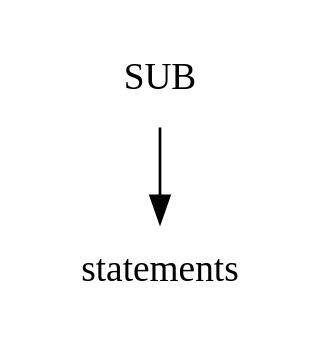
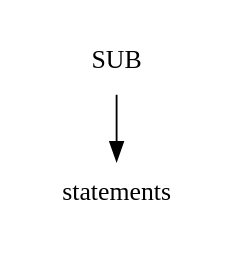
Before and after one commit to vehre/aspa_cscc: the diagram in doc/sub.dot, drawn with Graphviz. The commit also changed 8 other files, not shown here.

```diff
--- a/doc/sub.dot
+++ b/doc/sub.dot
@@ -1,6 +1,6 @@
 digraph L0 {
-        size = "2,2";
+        size = "1,1.5";
         ordering=out;
         node [shape = plaintext];
         SUB -> statements;
 }
```
